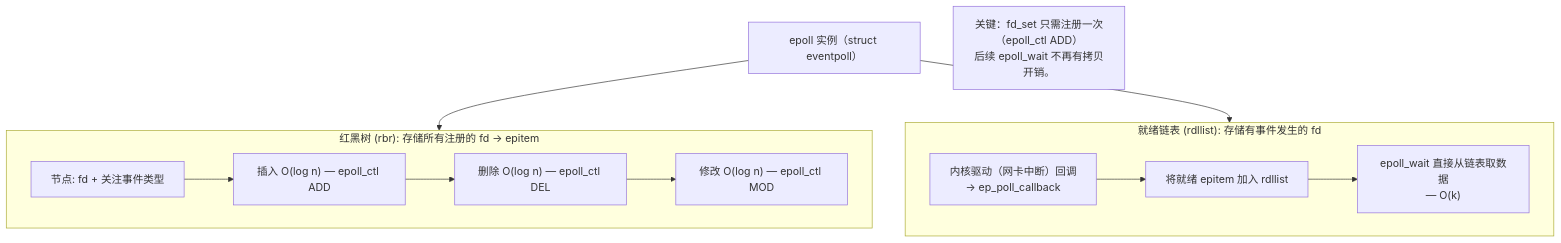
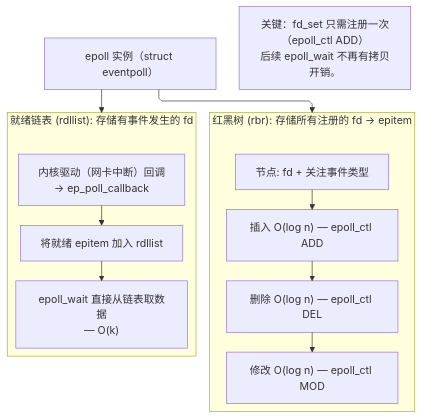
Before and after one commit to ziyan-cs/obsidian-coding-notes: the diagram in 04-Linux & System (Linux 系统)/03 · IO模型/08-epoll Internals (epoll底层原理) ⭐/08c-epoll vs select： Red-Black Tree & Event Queue (底层实现对比).md, drawn with Mermaid. The commit also changed 37 other files, not shown here.

````diff
--- a/04-Linux & System (Linux 系统)/03 · IO模型/08-epoll Internals (epoll底层原理) ⭐/08c-epoll vs select： Red-Black Tree & Event Queue (底层实现对比).md
+++ b/04-Linux & System (Linux 系统)/03 · IO模型/08-epoll Internals (epoll底层原理) ⭐/08c-epoll vs select： Red-Black Tree & Event Queue (底层实现对比).md
@@ -46,29 +46,30 @@
 ```mermaid
+%%{init: {"flowchart": {"defaultRenderer": "elk", "curve": "monotoneX"}} }%%
 graph TD
     EP["epoll 实例（struct eventpoll）"]
 
     subgraph RBR["红黑树 (rbr): 存储所有注册的 fd → epitem"]
         N1["节点: fd + 关注事件类型"]
         ADD["插入 O(log n) — epoll_ctl ADD"]
         DEL["删除 O(log n) — epoll_ctl DEL"]
         MOD["修改 O(log n) — epoll_ctl MOD"]
     end
 
     subgraph RDL["就绪链表 (rdllist): 存储有事件发生的 fd"]
         CB["内核驱动（网卡中断）回调<br/>→ ep_poll_callback"]
         ENQUEUE["将就绪 epitem 加入 rdllist"]
         WAIT["epoll_wait 直接从链表取数据<br/>— O(k)"]
     end
 
     EP --> RBR
     EP --> RDL
 
     N1 --> ADD
     ADD --> DEL
     DEL --> MOD
 
     CB --> ENQUEUE
     ENQUEUE --> WAIT
 
     NOTE0["关键：fd_set 只需注册一次（epoll_ctl ADD）<br/>后续 epoll_wait 不再有拷贝开销。"]
 ```
````
